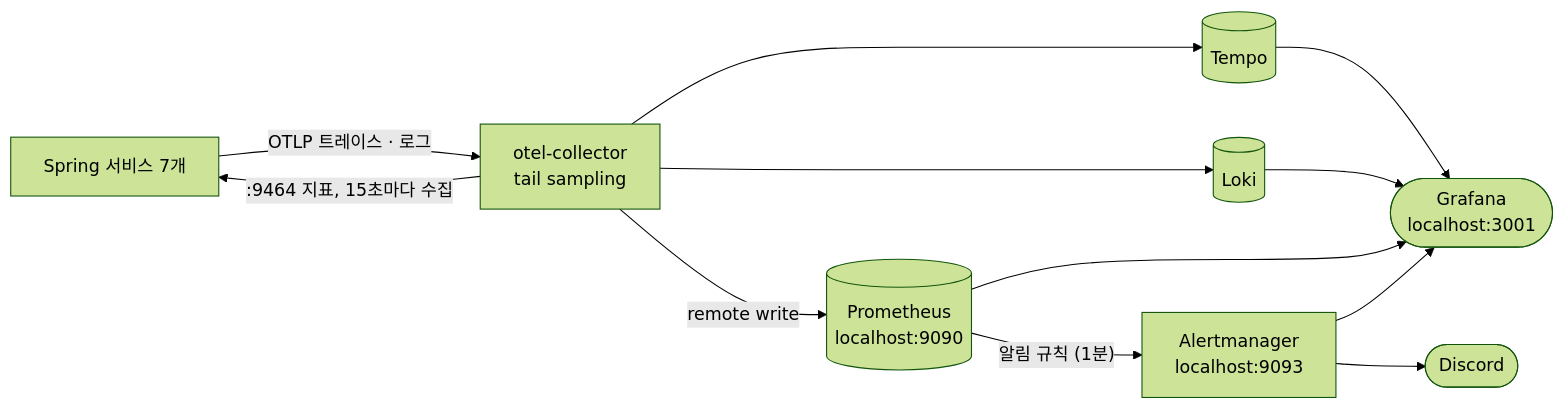
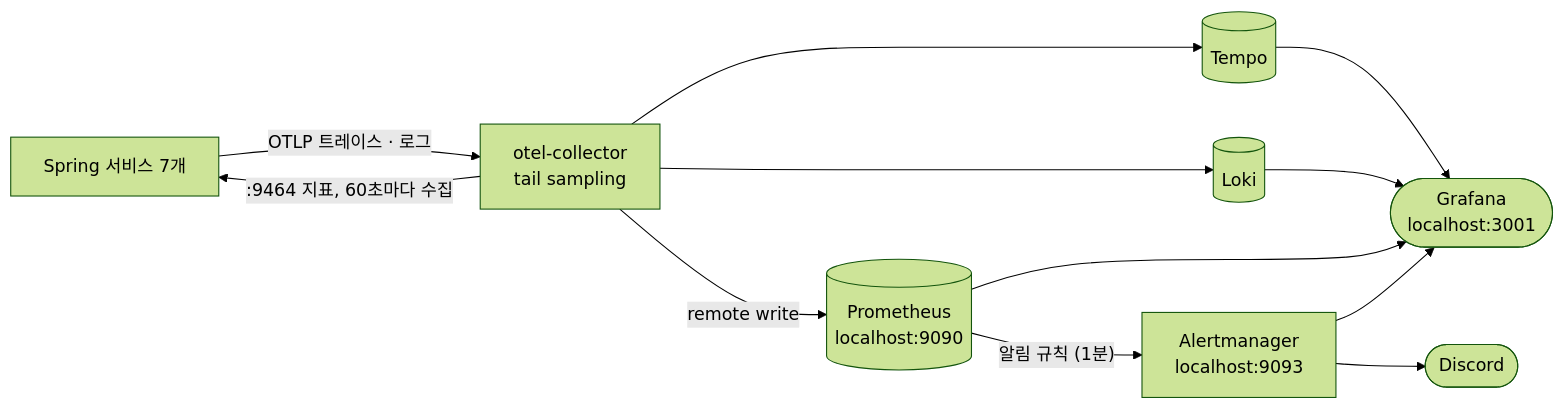
One commit to rivertw777/ModuDrive-API changed the first of 3 diagrams in .docs/guide/002-observability.md. Above: the diagram before and after it, drawn with Mermaid (forest theme). The commit also changed other lines of this file and 6 other files, not shown here.

````diff
--- a/.docs/guide/002-observability.md
+++ b/.docs/guide/002-observability.md
@@ -44,19 +44,19 @@
 ```mermaid
 flowchart LR
     S["Spring 서비스 7개"]
     P[("Prometheus<br/>localhost:9090")]
     L[("Loki")]
     C["otel-collector<br/>tail sampling"]
     T[("Tempo")]
     G(["Grafana<br/>localhost:3001"])
     AM["Alertmanager<br/>localhost:9093"]
     D(["Discord"])
 
-    C -- ":9464 지표, 15초마다 수집" --> S
+    C -- ":9464 지표, 60초마다 수집" --> S
     S -- "OTLP 트레이스 · 로그" --> C
     C --> T
     C --> L
     C -- "remote write" --> P
     P & L & T & AM --> G
     P -- "알림 규칙 (1분)" --> AM --> D
 ```
````
